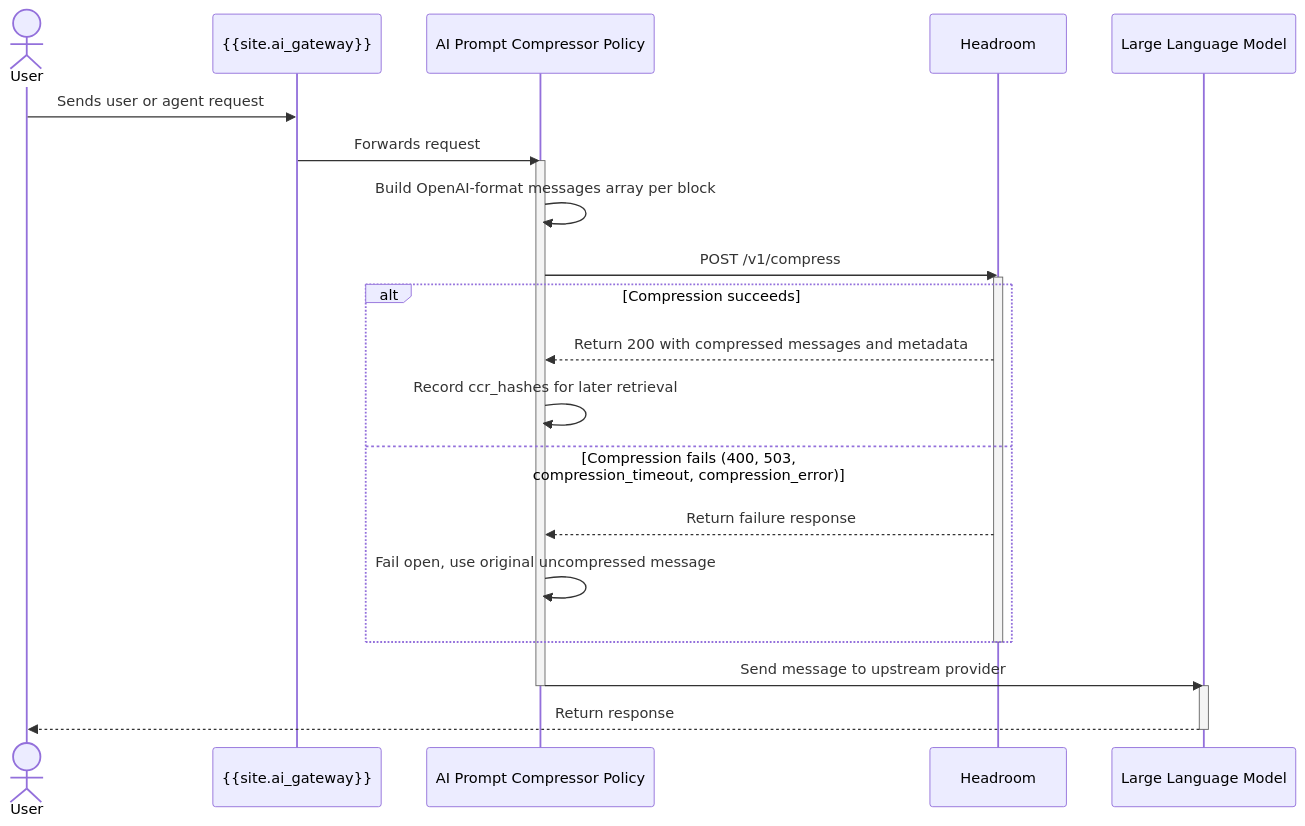
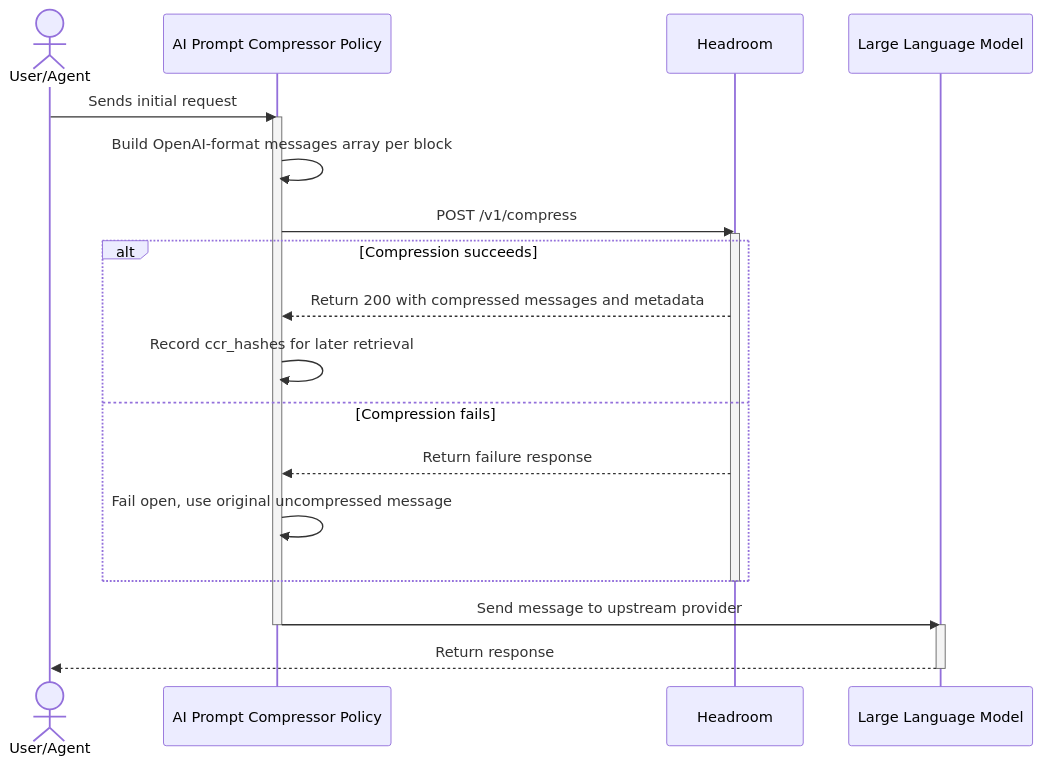
The second of 2 diagrams in app/_ai_gateway_policies/ai-prompt-compressor/index.md (Kong/developer.konghq.com), drawn with Mermaid before and after one commit. The commit also changed other lines of this file, not shown here.

Commit message:
tidy diagram

```diff
--- a/app/_ai_gateway_policies/ai-prompt-compressor/index.md
+++ b/app/_ai_gateway_policies/ai-prompt-compressor/index.md
@@ -222,31 +222,29 @@
 {% mermaid %}
 sequenceDiagram
-    actor User
-    participant AIGateway as {{site.ai_gateway}}
+    actor User as User/Agent
     participant KongAICompressor as AI Prompt Compressor Policy
     participant Headroom
     participant LLM as Large Language Model
 
-    User->>AIGateway: Sends user or agent request
-    AIGateway->>KongAICompressor: Forwards request
+    User->>KongAICompressor: Sends initial request
     activate KongAICompressor
     KongAICompressor->>KongAICompressor: Build OpenAI-format messages array per block
 
     KongAICompressor->>Headroom: POST /v1/compress
     activate Headroom
 
     alt Compression succeeds
         Headroom-->>KongAICompressor: Return 200 with compressed messages and metadata
         KongAICompressor->>KongAICompressor: Record ccr_hashes for later retrieval
-    else Compression fails (400, 503, compression_timeout, compression_error)
+    else Compression fails
         Headroom-->>KongAICompressor: Return failure response
         KongAICompressor->>KongAICompressor: Fail open, use original uncompressed message
     end
     deactivate Headroom
 
     KongAICompressor->>LLM: Send message to upstream provider
     deactivate KongAICompressor
     activate LLM
     LLM-->>User: Return response
     deactivate LLM
 {% endmermaid %}
```
